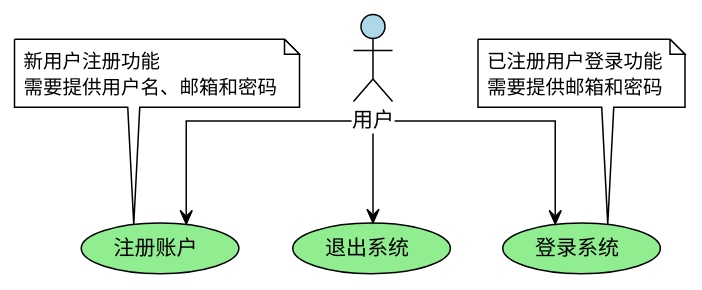
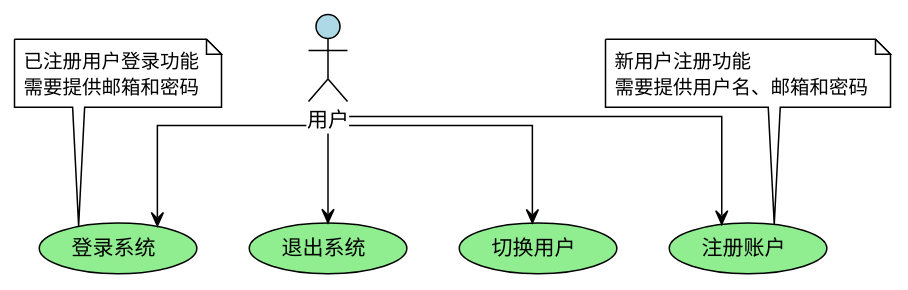
One commit to wblxr408/SEU-SE-HarmonyExpense-App- changed the diagram in README说明/UML图/用例图子图/usecase_auth.puml. Above: the diagram before and after it, drawn with PlantUML. The commit also changed other lines of this file and 10 other files, not shown here.

Commit message:
Update use case diagrams

```diff
--- a/README说明/UML图/用例图子图/usecase_auth.puml
+++ b/README说明/UML图/用例图子图/usecase_auth.puml
@@ -1,31 +1,33 @@
 @startuml HarmonyExpense-Auth-UseCase
 !theme plain
 skinparam linetype ortho
 skinparam defaultFontName "Microsoft YaHei"
 
 ' 定义参与者
 actor "用户" as User #LightBlue
 
 ' 定义用例 - 用户认证模块
 usecase "注册账户" as Register #LightGreen
 usecase "登录系统" as Login #LightGreen
 usecase "退出系统" as Logout #LightGreen
+usecase "切换用户" as Switchuser #LightGreen
 
 ' 定义关系
 User --> Register
 User --> Login
 User --> Logout
+User --> Switchuser
 
-
+User -[hidden]right-> Login
 ' 添加注释
 note top of Register
   新用户注册功能
   需要提供用户名、邮箱和密码
 end note
 
 note top of Login
   已注册用户登录功能
   需要提供邮箱和密码
 end note
 
 @enduml
```
